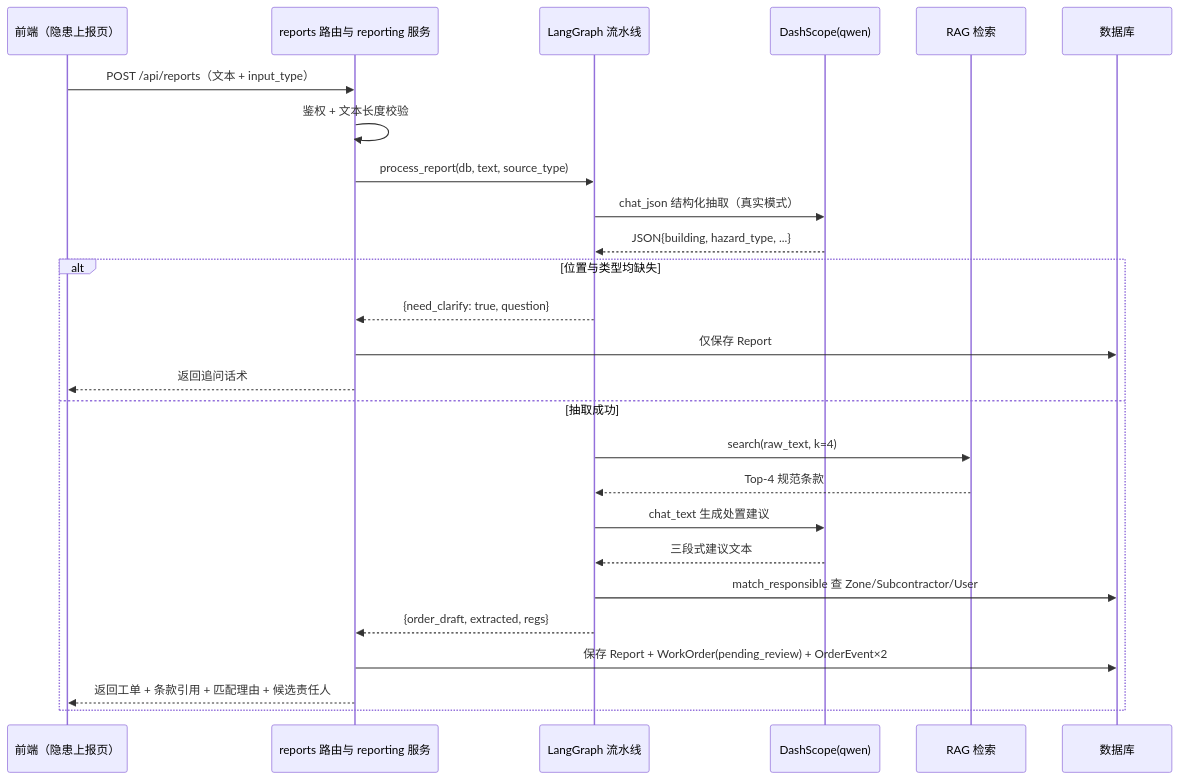
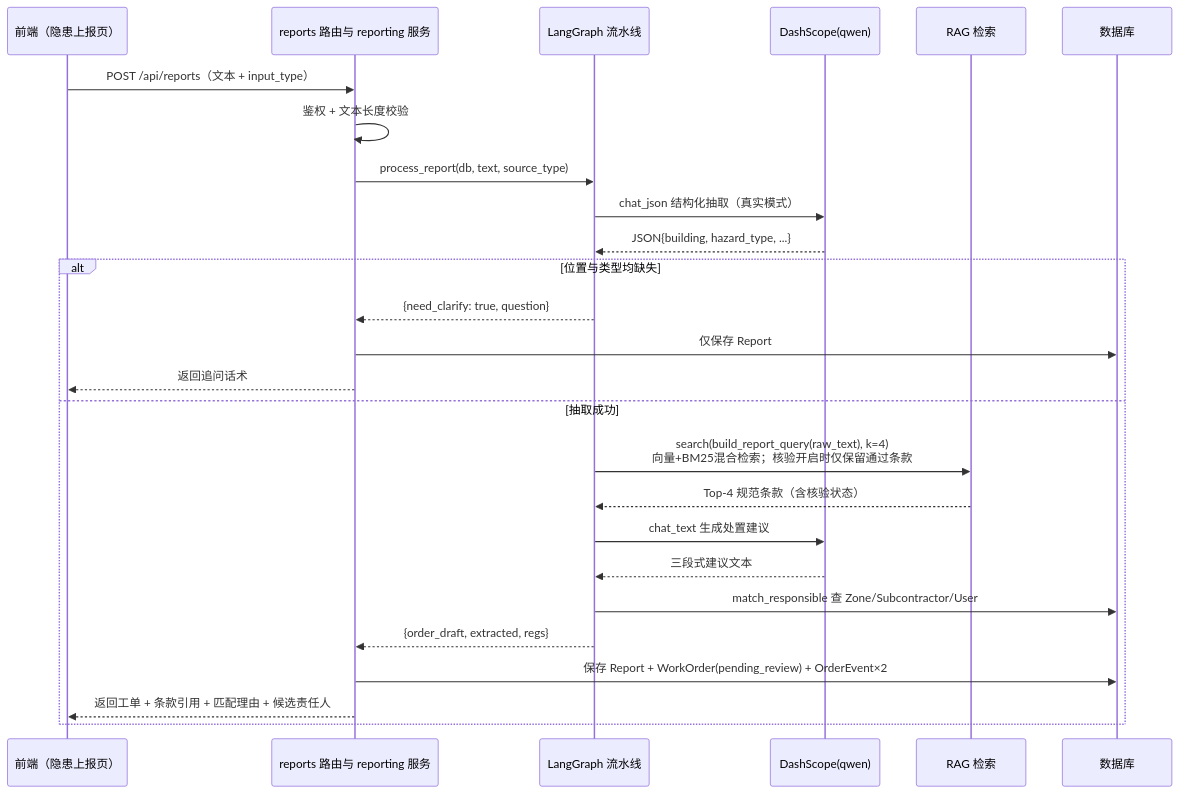
Before and after one commit to pandaadsas/zhuan-cloud: the eighth of 8 diagrams in docs/隐患上报Agent主链路说明.md, drawn with Mermaid. The commit also changed other lines of this file and 4 other files, not shown here.

First line of the commit message:
docs: 同步依据核验、意图路由与混合检索的文档描述

````diff
--- a/docs/隐患上报Agent主链路说明.md
+++ b/docs/隐患上报Agent主链路说明.md
@@ -194,29 +197,29 @@
 ```mermaid
 sequenceDiagram
     participant FE as 前端（隐患上报页）
     participant RT as reports 路由与 reporting 服务
     participant LG as LangGraph 流水线
     participant LLM as DashScope(qwen)
     participant KB as RAG 检索
     participant DB as 数据库
 
     FE->>RT: POST /api/reports（文本 + input_type）
     RT->>RT: 鉴权 + 文本长度校验
     RT->>LG: process_report(db, text, source_type)
     LG->>LLM: chat_json 结构化抽取（真实模式）
     LLM-->>LG: JSON{building, hazard_type, ...}
     alt 位置与类型均缺失
         LG-->>RT: {need_clarify: true, question}
         RT->>DB: 仅保存 Report
         RT-->>FE: 返回追问话术
     else 抽取成功
-        LG->>KB: search(raw_text, k=4)
-        KB-->>LG: Top-4 规范条款
+        LG->>KB: search(build_report_query(raw_text), k=4)<br/>向量+BM25混合检索；核验开启时仅保留通过条款
+        KB-->>LG: Top-4 规范条款（含核验状态）
         LG->>LLM: chat_text 生成处置建议
         LLM-->>LG: 三段式建议文本
         LG->>DB: match_responsible 查 Zone/Subcontractor/User
         LG-->>RT: {order_draft, extracted, regs}
         RT->>DB: 保存 Report + WorkOrder(pending_review) + OrderEvent×2
         RT-->>FE: 返回工单 + 条款引用 + 匹配理由 + 候选责任人
     end
 ```
````
